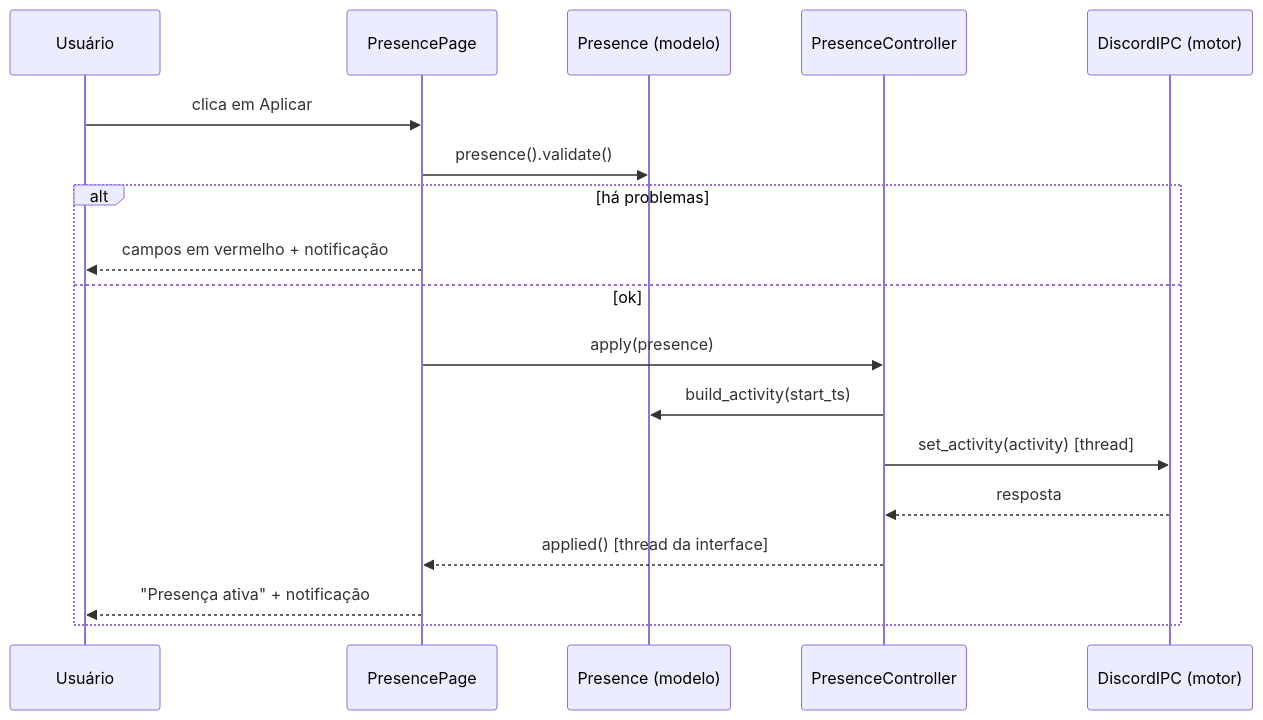
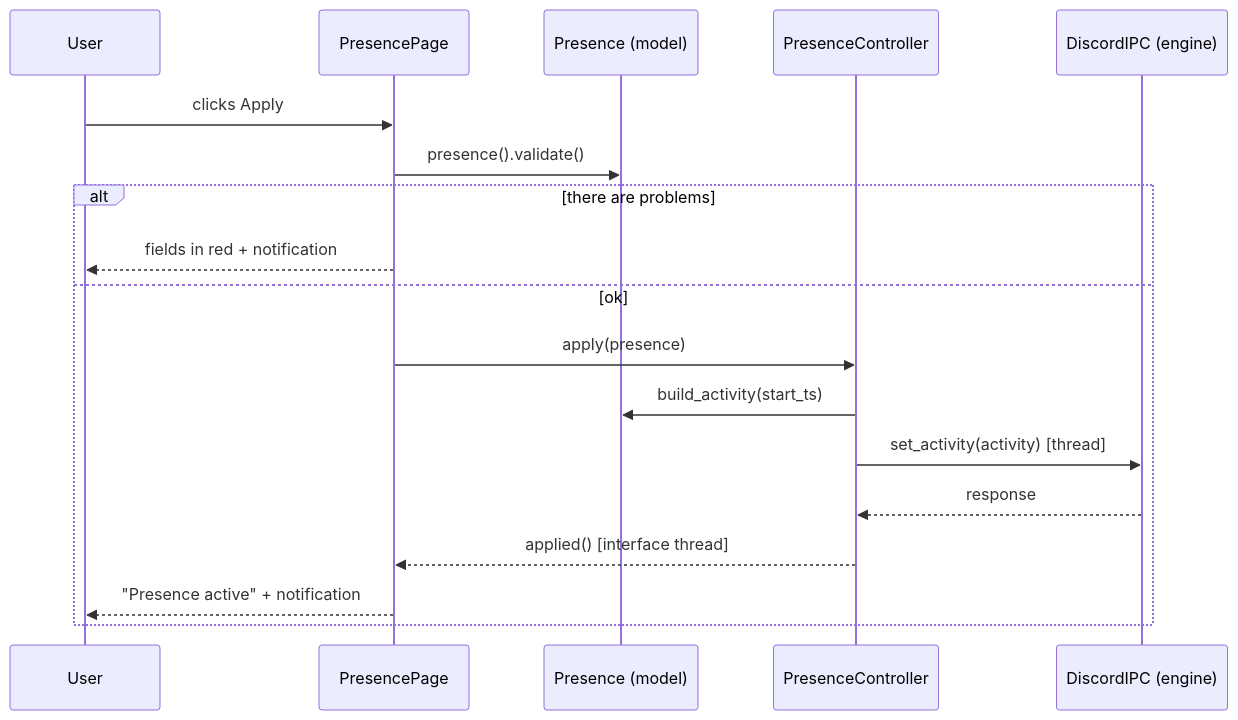
One commit to ericksousa32/Discord-RPC-Injector changed the third of 3 diagrams in docs/07-arquitetura.md. Above: the diagram before and after it, drawn with Mermaid. The commit also changed other lines of this file and 14 other files, not shown here.

````diff
--- a/docs/07-arquitetura.md
+++ b/docs/07-arquitetura.md
@@ -137,20 +137,20 @@
 ```mermaid
 sequenceDiagram
-    participant U as Usuário
+    participant U as User
     participant P as PresencePage
-    participant M as Presence (modelo)
+    participant M as Presence (model)
     participant C as PresenceController
-    participant E as DiscordIPC (motor)
-    U->>P: clica em Aplicar
+    participant E as DiscordIPC (engine)
+    U->>P: clicks Apply
     P->>M: presence().validate()
-    alt há problemas
-        P-->>U: campos em vermelho + notificação
+    alt there are problems
+        P-->>U: fields in red + notification
     else ok
         P->>C: apply(presence)
         C->>M: build_activity(start_ts)
         C->>E: set_activity(activity)  [thread]
-        E-->>C: resposta
-        C-->>P: applied()  [thread da interface]
-        P-->>U: "Presença ativa" + notificação
+        E-->>C: response
+        C-->>P: applied()  [interface thread]
+        P-->>U: "Presence active" + notification
     end
 ```
````
